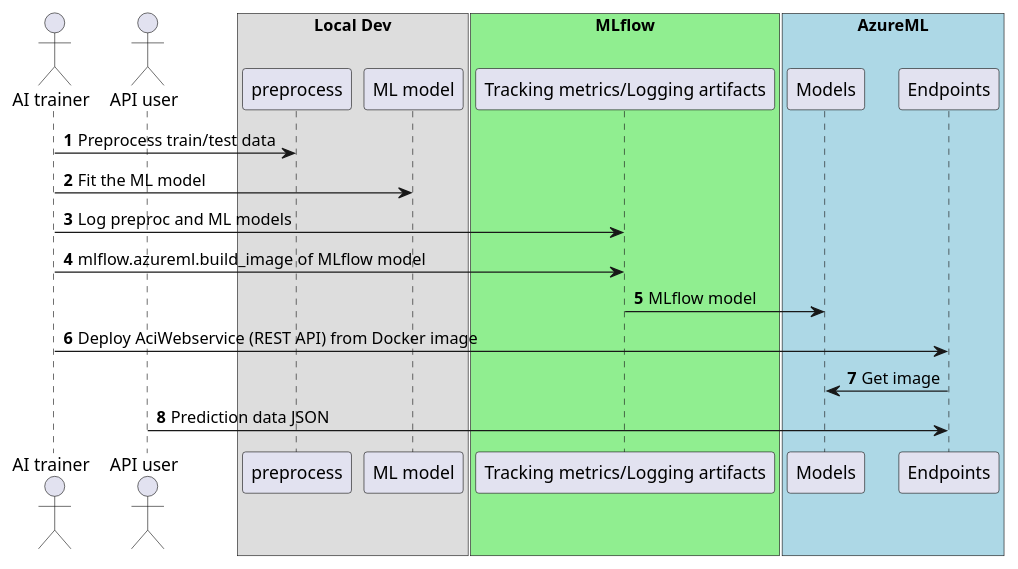
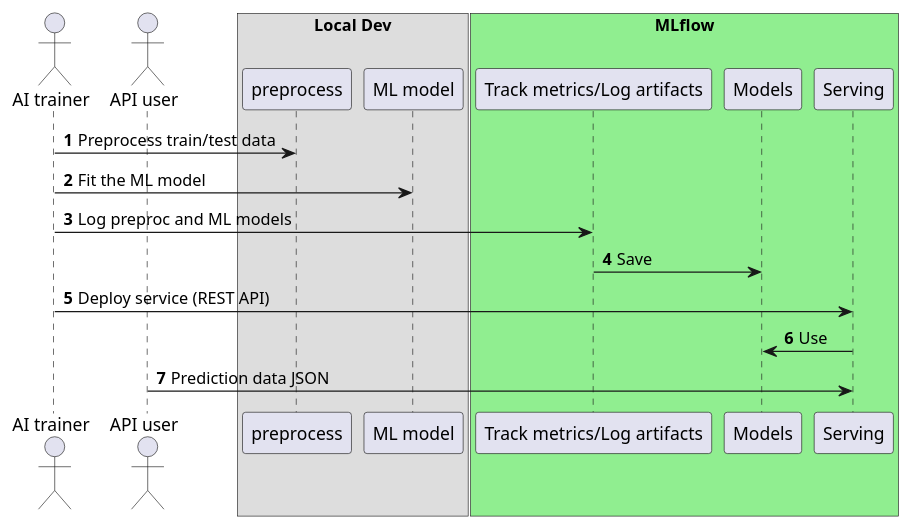
The diagram in UML.puml (Tre-Xanh/automl), drawn with PlantUML before and after one commit. The commit also changed 24 other files, not shown here.

```diff
--- a/UML.puml
+++ b/UML.puml
@@ -1,32 +1,29 @@
 @startuml
 autonumber
 skinparam defaultFontName Osaka
 ' scale 2
 ' left to right direction
 ' title mlflowを使った学習・予測
 actor "AI trainer" as trainer
 actor "API user" as user
 box "Local Dev"
 participant preprocess
 participant "ML model" as model
 end box
 box "MLflow" #LightGreen
-participant "Tracking metrics/Logging artifacts" as mlflow
-end box
-box "AzureML" #LightBlue
+participant "Track metrics/Log artifacts" as mlflow
 participant "Models" as builder
-participant "Endpoints" as serving
+participant "Serving" as serving
 end box
 ' trainer -> mlflow: Start experiment
 trainer -> preprocess: Preprocess train/test data
 trainer -> model: Fit the ML model
 trainer -> mlflow: Log preproc and ML models
-trainer -> mlflow: mlflow.azureml.build_image of MLflow model
-mlflow -> builder: MLflow model
-trainer -> serving: Deploy AciWebservice (REST API) from Docker image
-serving -> builder: Get image
+mlflow -> builder: Save
+trainer -> serving: Deploy service (REST API)
+serving -> builder: Use
 user -> serving: Prediction data JSON
 ' serving -> preprocess: Preprocess prediction data
 ' serving -> model: Predict
 ' serving -> user: Prediction result JSON
 @enduml
```
